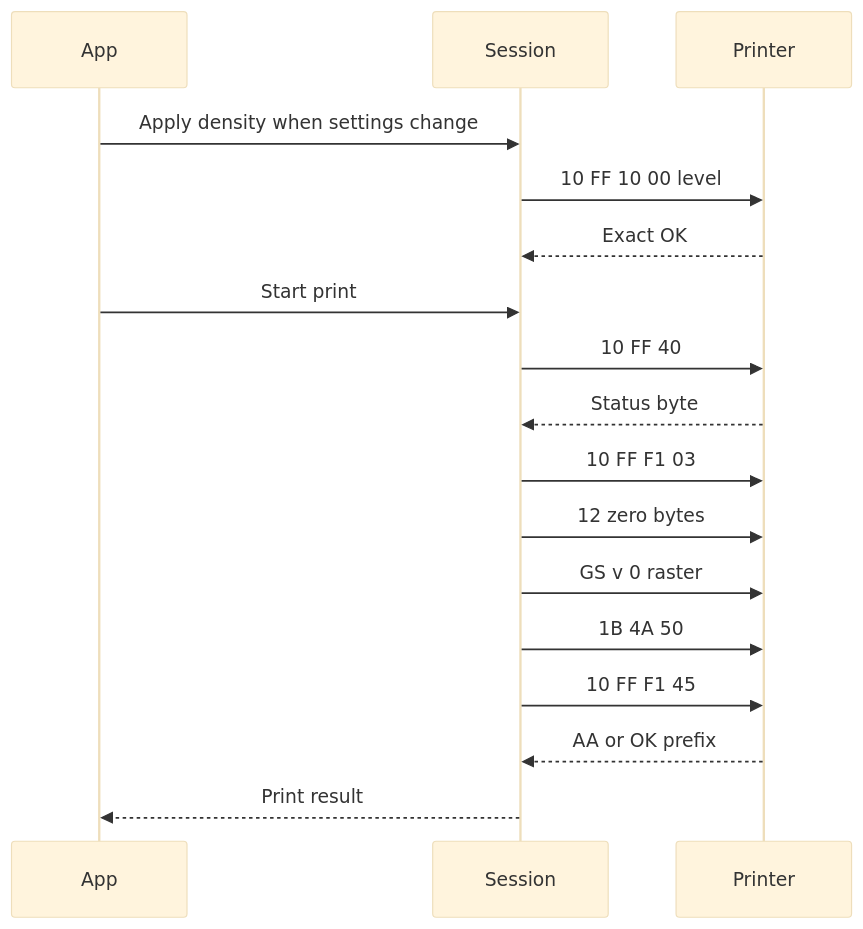
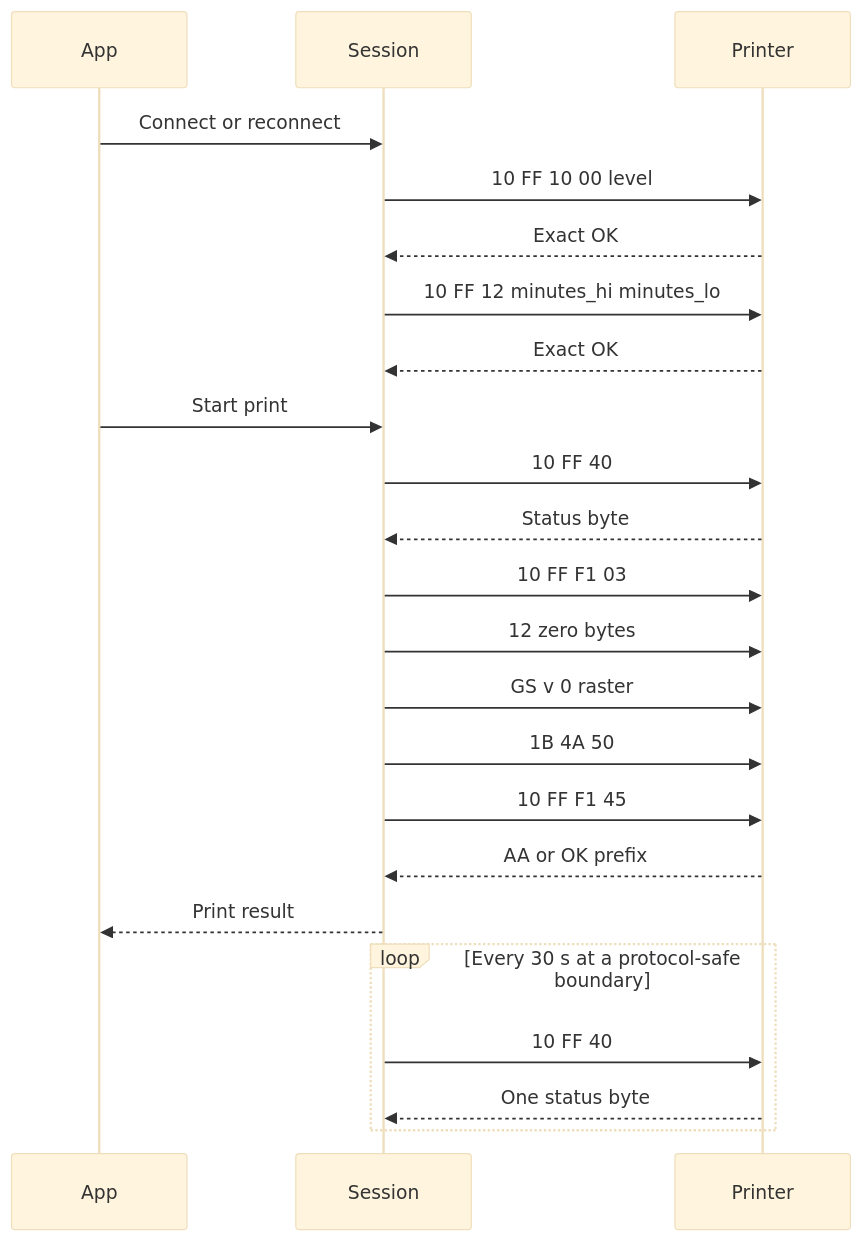
One commit to bxb100/rs-luck-jingle changed the first of 2 diagrams in spec/d1x-classic-protocol.md. Above: the diagram before and after it, drawn with Mermaid (base theme). The commit also changed other lines of this file and 8 other files, not shown here.

````diff
--- a/spec/d1x-classic-protocol.md
+++ b/spec/d1x-classic-protocol.md
@@ -281,19 +296,25 @@
 ```mermaid
 sequenceDiagram
     participant App
     participant Session
     participant Printer
-    App->>Session: Apply density when settings change
+    App->>Session: Connect or reconnect
     Session->>Printer: 10 FF 10 00 level
+    Printer-->>Session: Exact OK
+    Session->>Printer: 10 FF 12 minutes_hi minutes_lo
     Printer-->>Session: Exact OK
     App->>Session: Start print
     Session->>Printer: 10 FF 40
     Printer-->>Session: Status byte
     Session->>Printer: 10 FF F1 03
     Session->>Printer: 12 zero bytes
     Session->>Printer: GS v 0 raster
     Session->>Printer: 1B 4A 50
     Session->>Printer: 10 FF F1 45
     Printer-->>Session: AA or OK prefix
     Session-->>App: Print result
+    loop Every 30 s at a protocol-safe boundary
+        Session->>Printer: 10 FF 40
+        Printer-->>Session: One status byte
+    end
 ```
````
